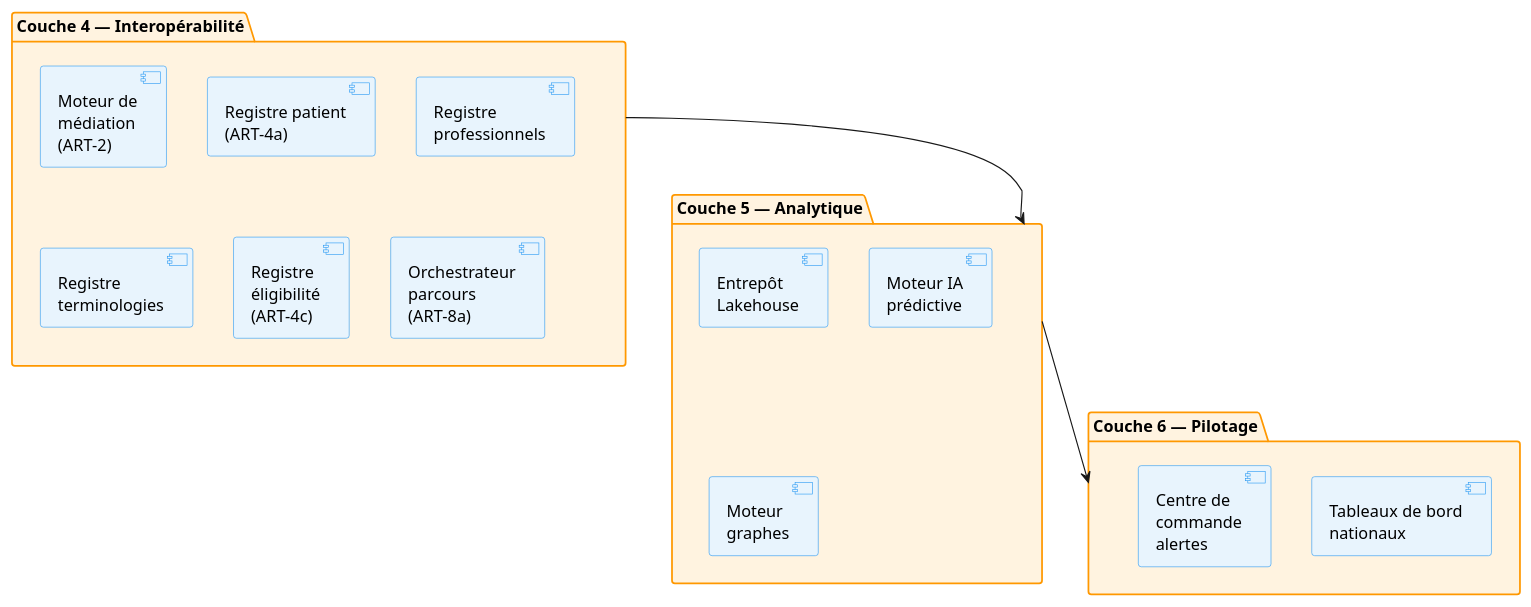
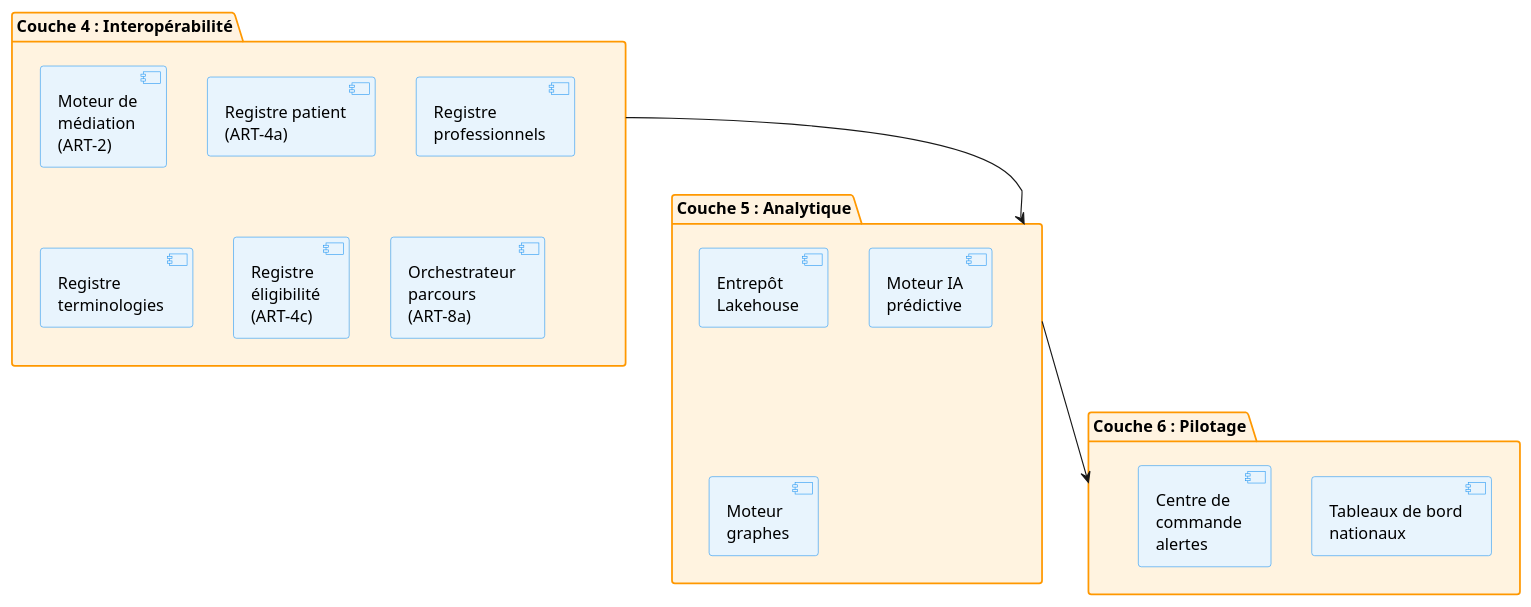
The second of 3 diagrams in 02_artsn/04_cartographie-cible/index.md (Data-Fi-Madagascar/health-enterprise-architecture), drawn with PlantUML before and after one commit. The commit also changed other lines of this file and 183 other files, not shown here.

````diff
--- a/02_artsn/04_cartographie-cible/index.md
+++ b/02_artsn/04_cartographie-cible/index.md
@@ -379,36 +379,36 @@
 ```plantuml
 @startuml
 skinparam component {
   BackgroundColor #E8F4FD
   BorderColor #2196F3
 }
 skinparam package {
   BackgroundColor #FFF3E0
   BorderColor #FF9800
 }
 
-package "Couche 4 — Interopérabilité" as C4 {
+package "Couche 4 : Interopérabilité" as C4 {
   component "Moteur de\nmédiation\n(ART-2)" as MED
   component "Registre patient\n(ART-4a)" as PAT
   component "Registre\nprofessionnels" as PRO
   component "Registre\nterminologies" as TERM
   component "Registre\néligibilité\n(ART-4c)" as ELIG
   component "Orchestrateur\nparcours\n(ART-8a)" as ORCH
 }
 
-package "Couche 5 — Analytique" as C5 {
+package "Couche 5 : Analytique" as C5 {
   component "Entrepôt\nLakehouse" as ENT
   component "Moteur IA\nprédictive" as IA
   component "Moteur\ngraphes" as GRAPH
 }
 
-package "Couche 6 — Pilotage" as C6 {
+package "Couche 6 : Pilotage" as C6 {
   component "Tableaux de bord\nnationaux" as DASH
   component "Centre de\ncommande\nalertes" as CMD
 }
 
 C4 --> C5
 C5 --> C6
 
 @enduml
 ```
````
